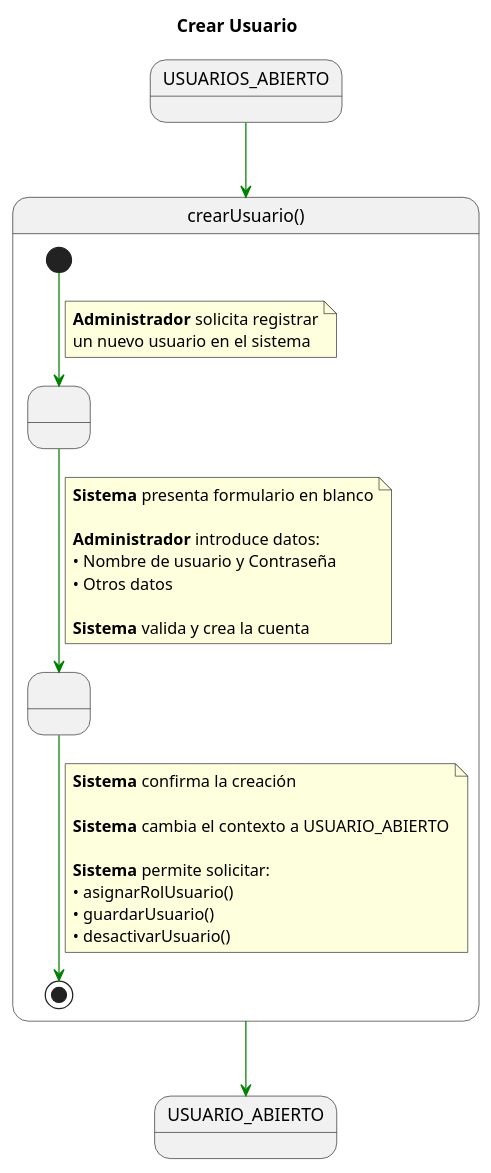
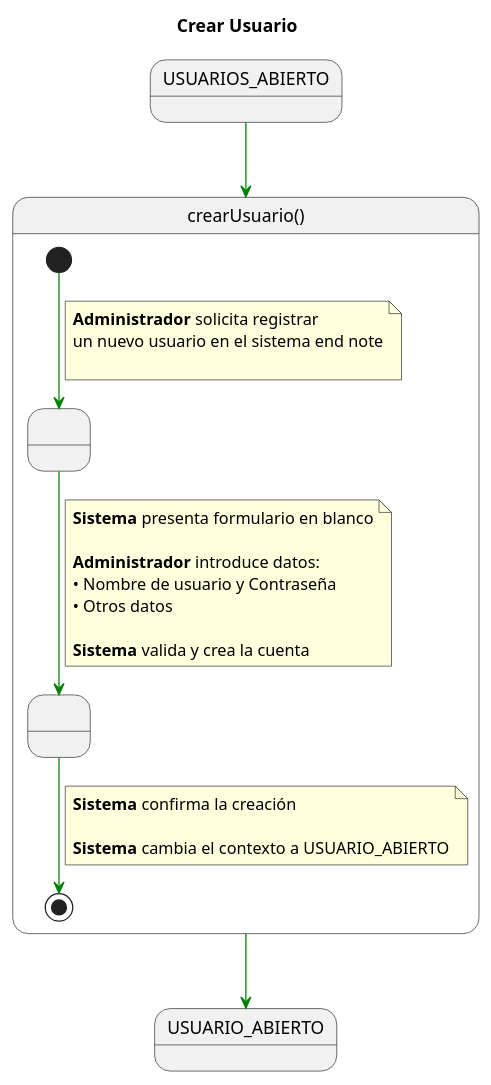
The diagram in documents/CasosDeUso/DetalladoCasosDeUso/Administrador/crearUsuario.puml (enmabry/25-26-IdSw1-SdR), drawn with PlantUML before and after one commit. The commit also changed 23 other files, not shown here.

Commit message:
modificacion detallado administrador teniendo en cuenta nuevo diagrama de contexto

```diff
--- a/documents/CasosDeUso/DetalladoCasosDeUso/Administrador/crearUsuario.puml
+++ b/documents/CasosDeUso/DetalladoCasosDeUso/Administrador/crearUsuario.puml
@@ -1,49 +1,45 @@
 @startuml
 
 title Crear Usuario
 skinparam linetype polyline
 
 state USUARIOS_ABIERTO_INICIAL as "USUARIOS_ABIERTO"
 state USUARIO_ABIERTO_FINAL as "USUARIO_ABIERTO"
 
 USUARIOS_ABIERTO_INICIAL -[#green]-> crearUsuario
 
 state crearUsuario as "crearUsuario()" {
 
     state " " as FormularioDatos
     state " " as UsuarioRegistrado
 
     [*] -[#green]-> FormularioDatos
     note on link
     <b>Administrador</b> solicita registrar
-    un nuevo usuario en el sistema
+    un nuevo usuario en el sistema end note
+
     end note
 
     FormularioDatos -[#green]-> UsuarioRegistrado
     note on link
     <b>Sistema</b> presenta formulario en blanco
     
     <b>Administrador</b> introduce datos:
     • Nombre de usuario y Contraseña
     • Otros datos
 
     <b>Sistema</b> valida y crea la cuenta
     end note
 
     UsuarioRegistrado -[#green]-> [*]
     note on link
     <b>Sistema</b> confirma la creación
 
     <b>Sistema</b> cambia el contexto a USUARIO_ABIERTO
-
-    <b>Sistema</b> permite solicitar:
-    • asignarRolUsuario()
-    • guardarUsuario()
-    • desactivarUsuario()
     end note
 
 }
 
 crearUsuario -[#green]-> USUARIO_ABIERTO_FINAL
 
 @enduml
```
